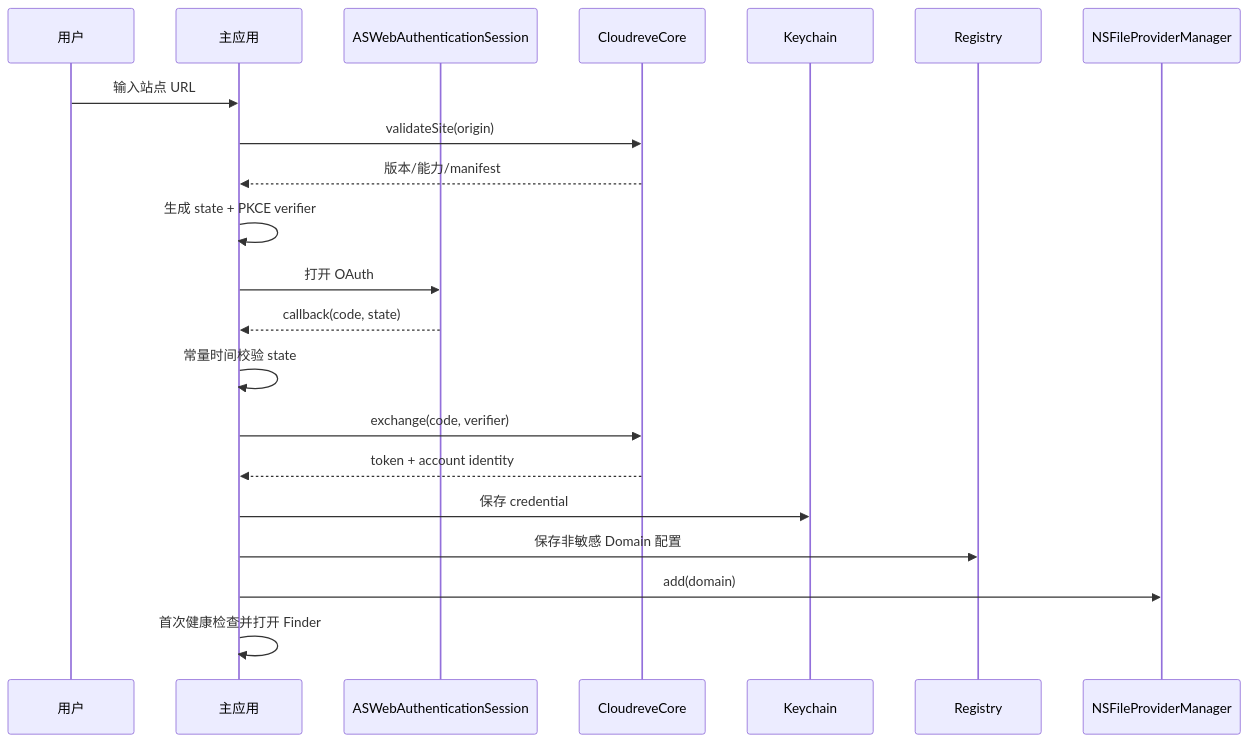
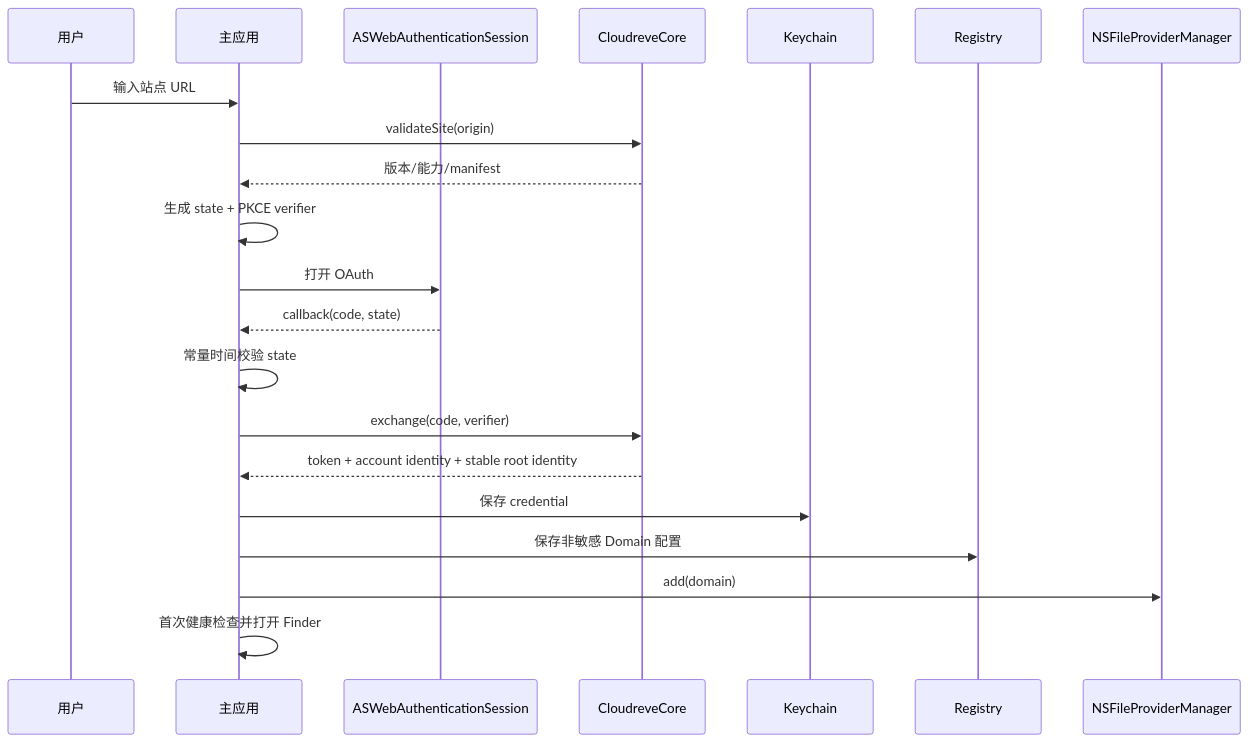
One commit to tiylabs/nimbussync changed the fifth of 5 diagrams in docs/02-macos-technical-architecture.md. Above: the diagram before and after it, drawn with Mermaid. The commit also changed other lines of this file and 1 other file, not shown here.

Commit message:
docs: 📝 Refine macOS product and architecture baselines

````diff
--- a/docs/02-macos-technical-architecture.md
+++ b/docs/02-macos-technical-architecture.md
@@ -819,24 +865,24 @@
 ```mermaid
 sequenceDiagram
     participant U as 用户
     participant A as 主应用
     participant W as ASWebAuthenticationSession
     participant C as CloudreveCore
     participant K as Keychain
     participant D as Registry
     participant F as NSFileProviderManager
 
     U->>A: 输入站点 URL
     A->>C: validateSite(origin)
     C-->>A: 版本/能力/manifest
     A->>A: 生成 state + PKCE verifier
     A->>W: 打开 OAuth
     W-->>A: callback(code, state)
     A->>A: 常量时间校验 state
     A->>C: exchange(code, verifier)
-    C-->>A: token + account identity
+    C-->>A: token + account identity + stable root identity
     A->>K: 保存 credential
     A->>D: 保存非敏感 Domain 配置
     A->>F: add(domain)
     A->>A: 首次健康检查并打开 Finder
 ```
````
